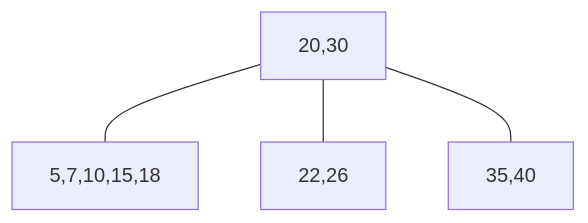
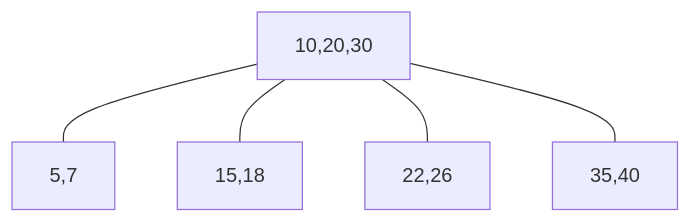
Before and after one commit to Tiggax/Zapiski: the fifth of 7 diagrams in 2. Letnik/Podatkovne strukture in algoritmi/vaje.17-11-2021.md, drawn with Mermaid. The commit also changed other lines of this file and 1 other file, not shown here.

````diff
--- a/2. Letnik/Podatkovne strukture in algoritmi/vaje.17-11-2021.md
+++ b/2. Letnik/Podatkovne strukture in algoritmi/vaje.17-11-2021.md
@@ -42,10 +42,8 @@
 ```mermaid
 graph TB
-A[20,30]
-B[5,7,10,15,18]
-A---B
-C[22,26]
-A---C
-D[35,40]
-A---D
+A[10,20,30]
+A---B[5,7]
+A---B1[15,18]
+A---C[22,26]
+A---D[35,40]
 ```
````
